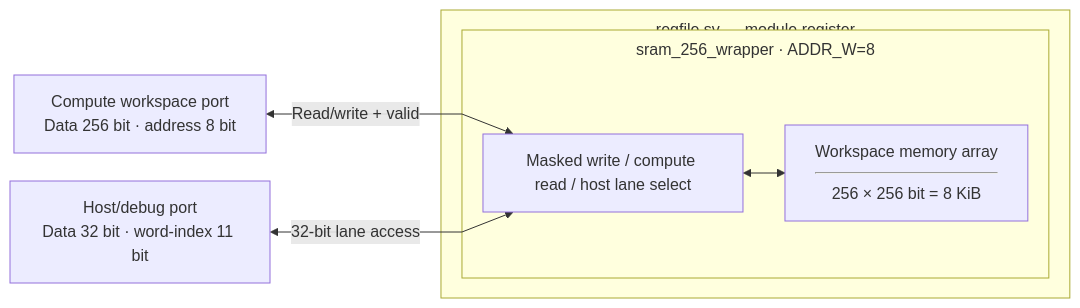
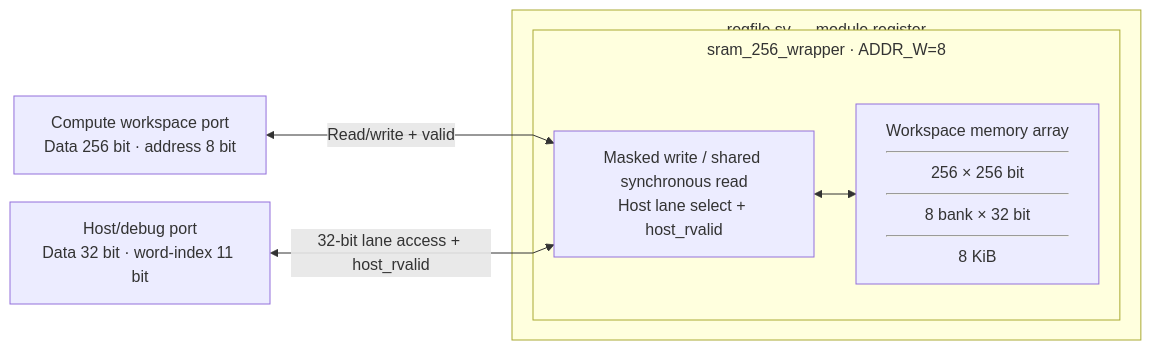
The diagram in docs/source_guide/blocks/regfile.sv.md (nguyennhutkhanhtom/NPU), drawn with Mermaid before and after one commit. The commit also changed other lines of this file and 123 other files, not shown here.

````diff
--- a/docs/source_guide/blocks/regfile.sv.md
+++ b/docs/source_guide/blocks/regfile.sv.md
@@ -15,15 +15,15 @@
 ```mermaid
 flowchart LR
 %%{init: {"flowchart": {"subGraphTitleMargin": {"top": 8, "bottom": 20}, "nodeSpacing": 28, "rankSpacing": 42, "curve": "linear"}}}%%
     C["Compute workspace port<br/>Data 256 bit · address 8 bit"]
     H["Host/debug port<br/>Data 32 bit · word-index 11 bit"]
     subgraph WRAP["regfile.sv — module register"]
         subgraph SRAM["sram_256_wrapper · ADDR_W=8"]
-            PORT["Masked write / compute read / host lane select"]
-            MEM@{ shape: rect, label: "Workspace memory array<hr/>256 × 256 bit = 8 KiB" }
+            PORT["Masked write / shared synchronous read<br/>Host lane select + host_rvalid"]
+            MEM@{ shape: rect, label: "Workspace memory array<hr/>256 × 256 bit<hr/>8 bank × 32 bit<hr/>8 KiB" }
             PORT <--> MEM
         end
     end
     C <-->|"Read/write + valid"| PORT
-    H <-->|"32-bit lane access"| PORT
+    H <-->|"32-bit lane access + host_rvalid"| PORT
 ```
````
